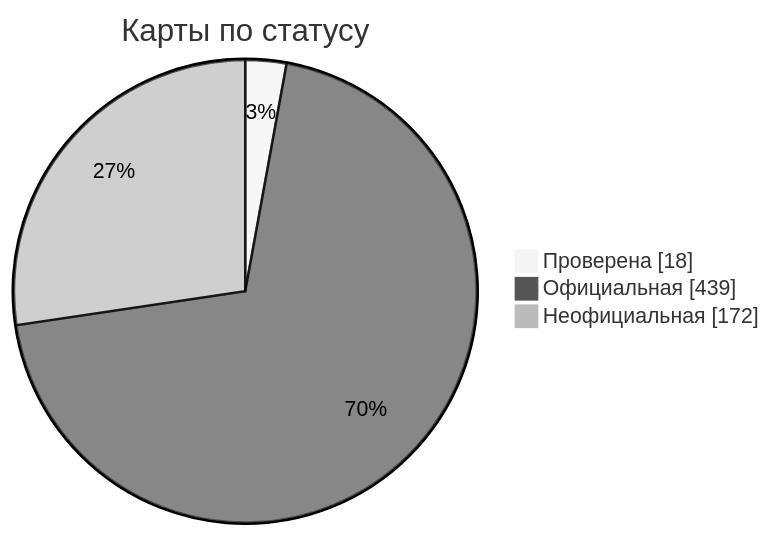
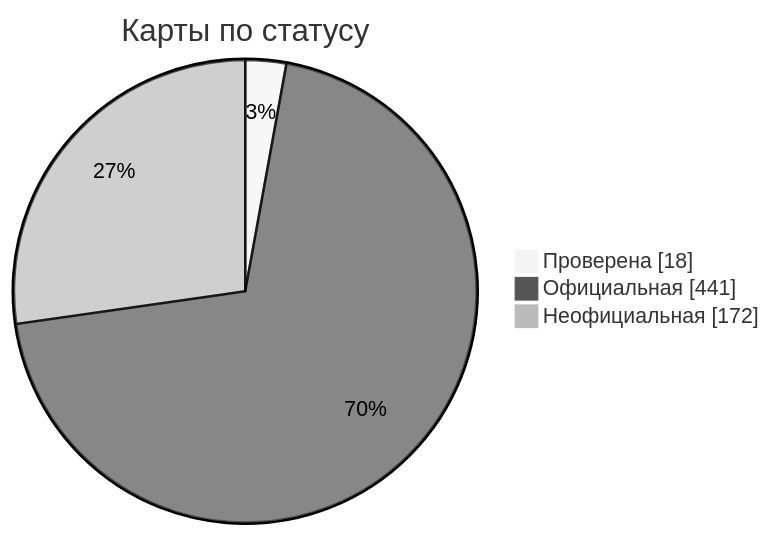
One commit to nobrega8/mbmap-library changed the diagram in docs/readme/README_RU.md. Above: the diagram before and after it, drawn with Mermaid (neutral theme). The commit also changed 7 other files, not shown here.

````diff
--- a/docs/readme/README_RU.md
+++ b/docs/readme/README_RU.md
@@ -54,7 +54,7 @@
 ```mermaid
 pie showData
     title Карты по статусу
     "Проверена" : 18
-    "Официальная" : 439
+    "Официальная" : 441
     "Неофициальная" : 172
 ```
````
